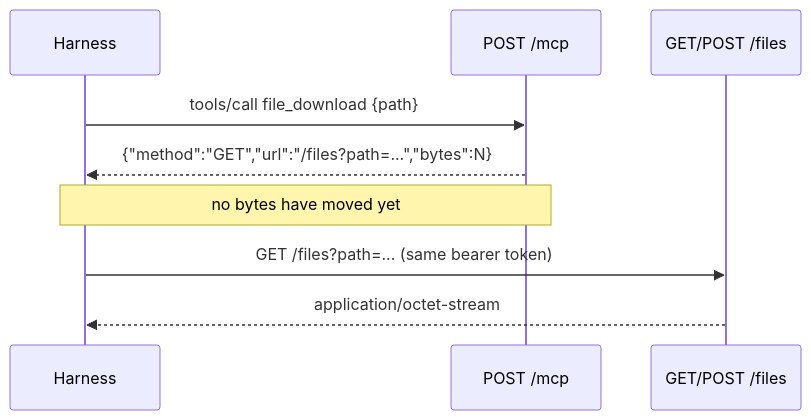
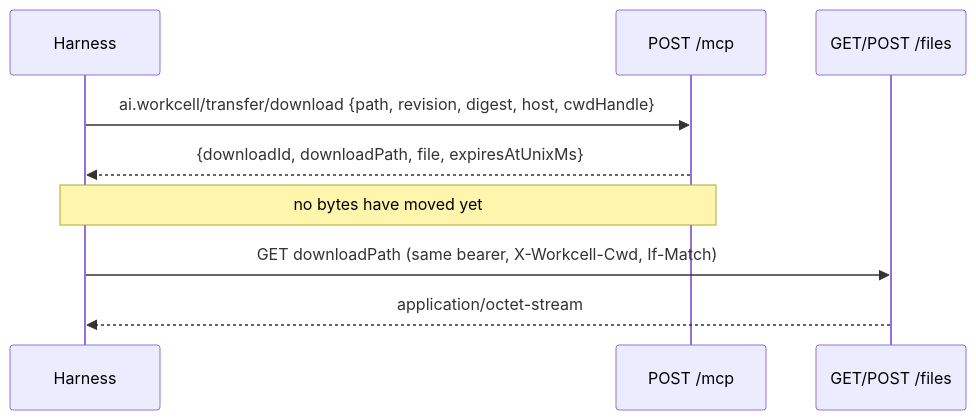
One commit to caudra/caudra changed the third of 4 diagrams in README.md. Above: the diagram before and after it, drawn with Mermaid. The commit also changed other lines of this file and 29 other files, not shown here.

````diff
--- a/README.md
+++ b/README.md
@@ -137,11 +137,11 @@
 ```mermaid
 sequenceDiagram
     participant H as Harness
     participant M as POST /mcp
     participant F as GET/POST /files
-    H->>M: tools/call file_download {path}
-    M-->>H: {"method":"GET","url":"/files?path=...","bytes":N}
+    H->>M: ai.workcell/transfer/download {path, revision, digest, host, cwdHandle}
+    M-->>H: {downloadId, downloadPath, file, expiresAtUnixMs}
     Note over H,M: no bytes have moved yet
-    H->>F: GET /files?path=... (same bearer token)
+    H->>F: GET downloadPath (same bearer, X-Workcell-Cwd, If-Match)
     F-->>H: application/octet-stream
 ```
````
